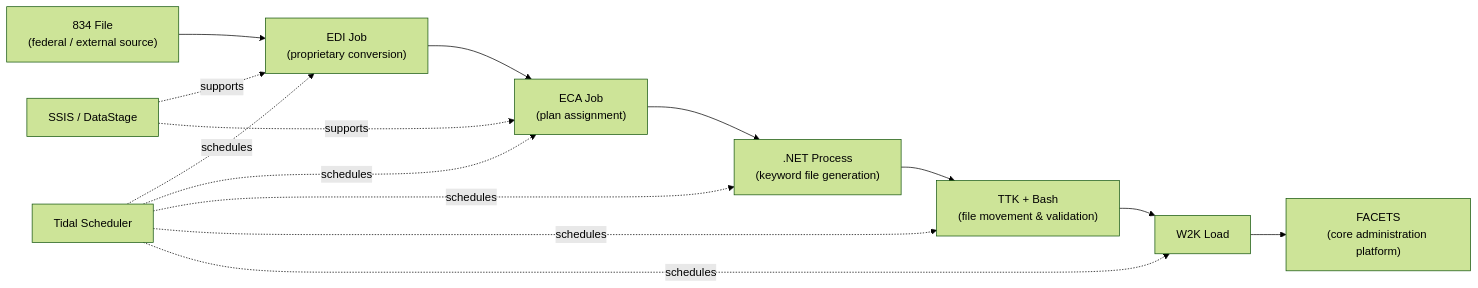
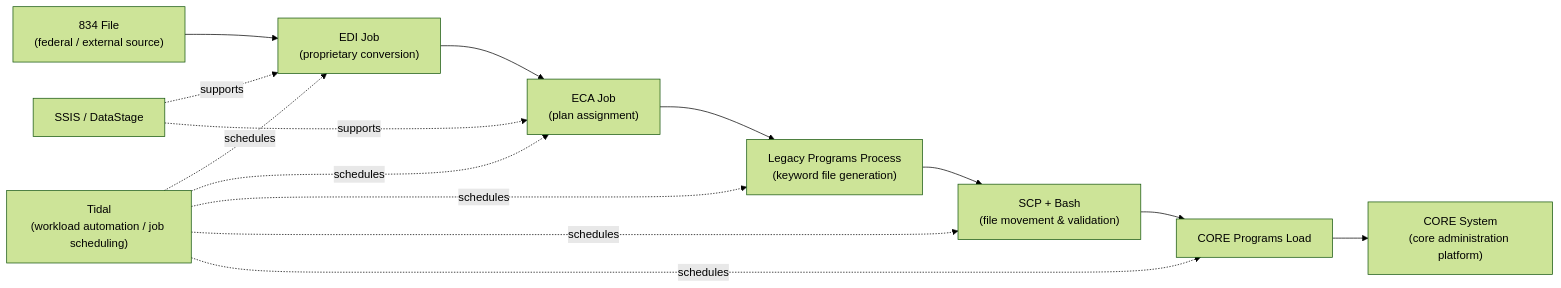
Before and after one commit to sivabala21/MedEnroll834: the diagram in docs-site/docs/03-legacy-architecture.md, drawn with Mermaid (forest theme). The commit also changed other lines of this file and 3 other files, not shown here.

Commit message:
docs(gitbook): refine business problem, legacy architecture, benchmark, and business impact chapters

````diff
--- a/docs-site/docs/03-legacy-architecture.md
+++ b/docs-site/docs/03-legacy-architecture.md
@@ -22,18 +33,18 @@
 ```mermaid
 flowchart LR
     SRC["834 File<br/>(federal / external source)"] --> EDI["EDI Job<br/>(proprietary conversion)"]
     EDI --> ECA["ECA Job<br/>(plan assignment)"]
-    ECA --> NET[".NET Process<br/>(keyword file generation)"]
-    NET --> TTK["TTK + Bash<br/>(file movement & validation)"]
-    TTK --> W2K["W2K Load"]
-    W2K --> FACETS["FACETS<br/>(core administration platform)"]
+    ECA --> EXE["Legacy Programs Process<br/>(keyword file generation)"]
+    EXE --> SCP["SCP + Bash<br/>(file movement & validation)"]
+    SCP --> CORELOAD["CORE Programs Load"]
+    CORELOAD --> CORESYS["CORE System<br/>(core administration platform)"]
 
-    TIDAL["Tidal Scheduler"] -.schedules.-> EDI
-    TIDAL -.schedules.-> ECA
-    TIDAL -.schedules.-> NET
-    TIDAL -.schedules.-> TTK
-    TIDAL -.schedules.-> W2K
+    WLA["Tidal<br/>(workload automation / job scheduling)"] -.schedules.-> EDI
+    WLA -.schedules.-> ECA
+    WLA -.schedules.-> EXE
+    WLA -.schedules.-> SCP
+    WLA -.schedules.-> CORELOAD
 
     SSIS["SSIS / DataStage"] -.supports.-> EDI
     SSIS -.supports.-> ECA
 ```
````
